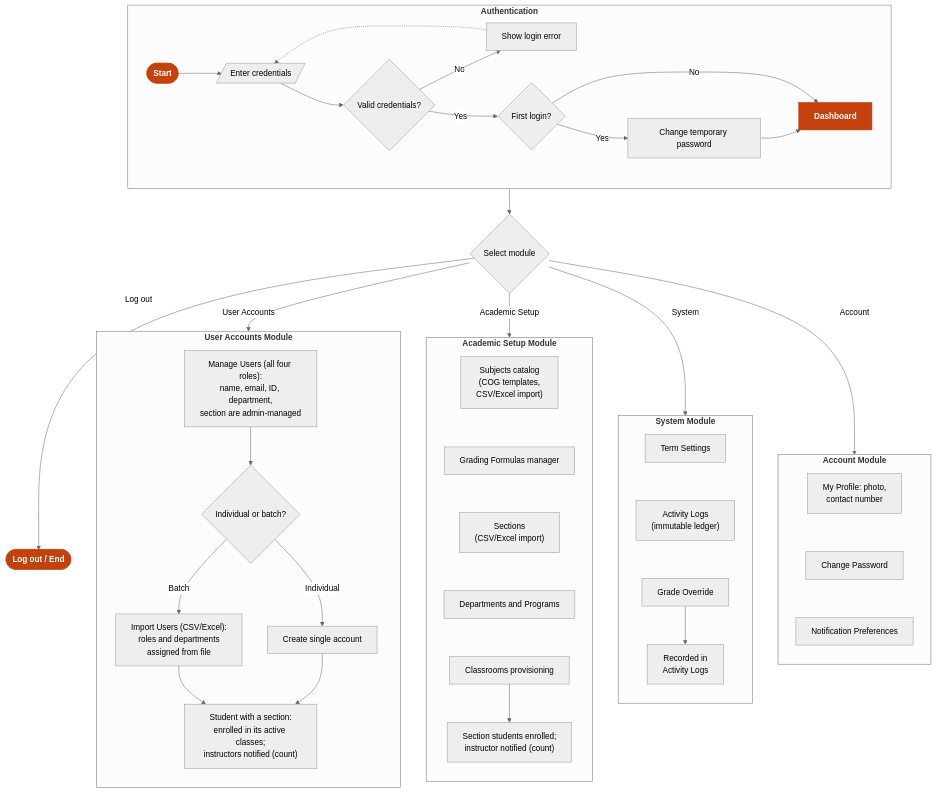
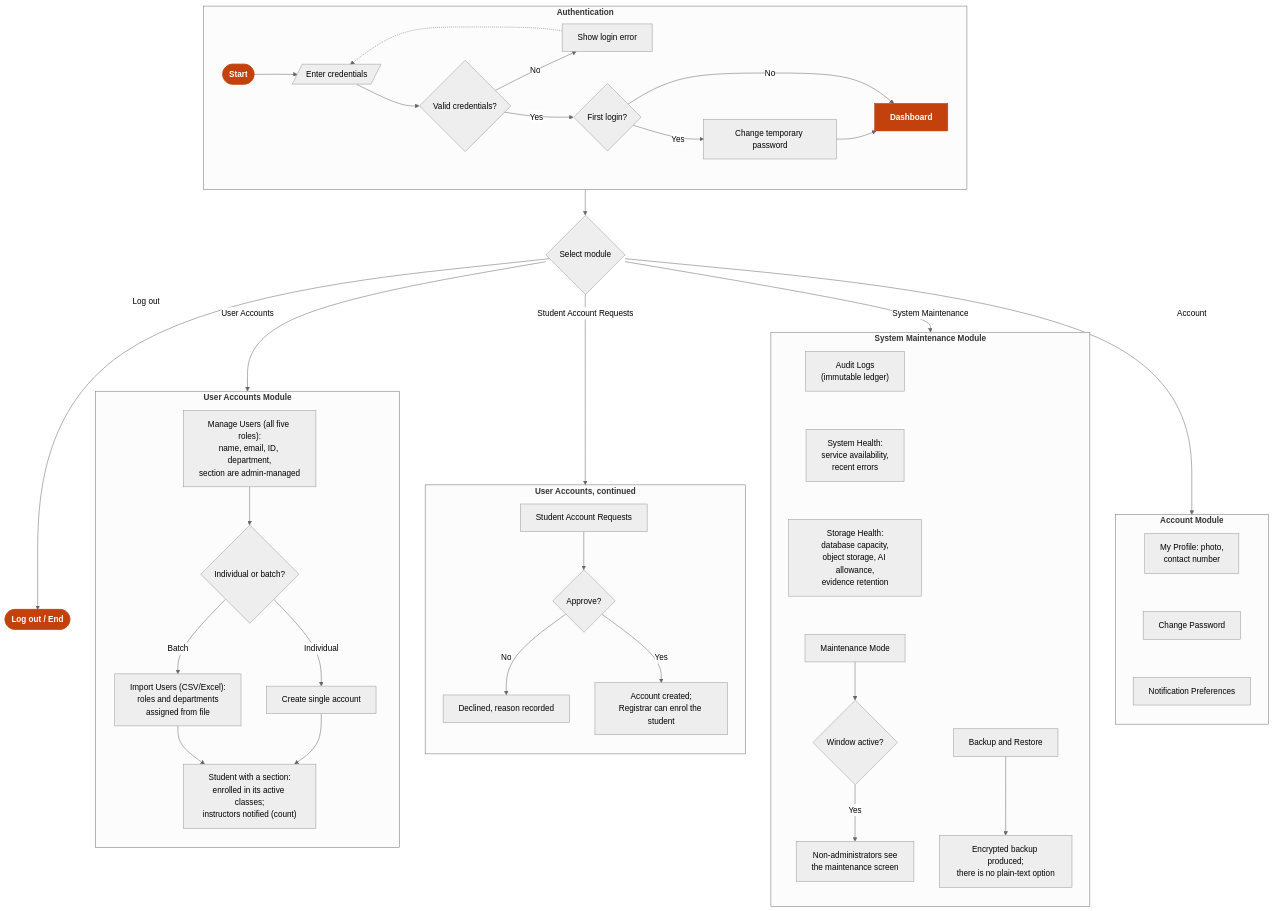
The diagram in docs/02-thesis/figures/Figure-2.5-Flowchart-Admin.mmd (kurarensu16/sage), drawn with Mermaid (neutral theme) before and after one commit. The commit also changed 268 other files, not shown here.

```diff
--- a/docs/02-thesis/figures/Figure-2.5-Flowchart-Admin.mmd
+++ b/docs/02-thesis/figures/Figure-2.5-Flowchart-Admin.mmd
@@ -1,64 +1,69 @@
 flowchart TB
-%% ===== Figure 2.5 — Proposed System Flowchart: Admin Portal (updated 2026-10-10) =====
+%% ===== Proposed System Flowchart: Admin Portal (updated 2026-10-30) =====
+%% The admin/registrar role split removed the whole Academic Setup branch and grade override
+%% from this portal; both now belong to the Registrar. What replaces them is the system
+%% maintenance that was always here but never drawn: service health, storage and AI allowance
+%% metering, maintenance windows, and encrypted backups.
+%% Admin is now accounts and system maintenance only.
 %% CSV/Excel import for users, subjects, and sections; identity fields admin-managed.
 %% Revised 2026-10-10 (evening): section assignment and classroom provisioning enroll section
 %% students and notify instructors of the count.
 
   SEL{"Select module"}
   OUT(["<b>Log out / End</b>"]):::accent
 
   subgraph LOGIN["<b>Authentication</b>"]
     direction LR
     START(["<b>Start</b>"]):::accent --> CRED[/"Enter credentials"/] --> VALID{"Valid credentials?"}
     VALID -- "No" --> ERR["Show login error"]
     ERR -.-> CRED
     VALID -- "Yes" --> FIRST{"First login?"}
     FIRST -- "Yes" --> CHG["Change temporary password"] --> DASH["<b>Dashboard</b>"]:::accent
     FIRST -- "No" --> DASH
   end
 
   LOGIN --> SEL
   SEL -- "Log out" --> OUT
 
   SEL -- "User Accounts" --> UM
-  SEL -- "Academic Setup" --> AM
-  SEL -- "System" --> YM
+  SEL -- "Student Account Requests" --> UM2
+  SEL -- "System Maintenance" --> YM
   SEL -- "Account" --> NM
 
   subgraph UM["<b>User Accounts Module</b>"]
     direction TB
-    U1["Manage Users (all four roles):<br/>name, email, ID, department,<br/>section are admin-managed"] --> UQ{"Individual or batch?"}
+    U1["Manage Users (all five roles):<br/>name, email, ID, department,<br/>section are admin-managed"] --> UQ{"Individual or batch?"}
     UQ -- "Batch" --> UB["Import Users (CSV/Excel):<br/>roles and departments<br/>assigned from file"]
     UQ -- "Individual" --> US["Create single account"]
     UB --> UE["Student with a section:<br/>enrolled in its active classes;<br/>instructors notified (count)"]
     US --> UE
   end
 
-  subgraph AM["<b>Academic Setup Module</b>"]
+  subgraph UM2["<b>User Accounts, continued</b>"]
     direction TB
-    A1["Subjects catalog<br/>(COG templates,<br/>CSV/Excel import)"]
-    A2["Grading Formulas manager"]
-    A3["Sections<br/>(CSV/Excel import)"]
-    A4["Departments and Programs"]
-    A5["Classrooms provisioning"] --> A6["Section students enrolled;<br/>instructor notified (count)"]
-    A1 ~~~ A2 ~~~ A3 ~~~ A4 ~~~ A5
+    U7["Student Account Requests"] --> UQ2{"Approve?"}
+    UQ2 -- "No" --> U8["Declined, reason recorded"]
+    UQ2 -- "Yes" --> U9["Account created;<br/>Registrar can enrol the student"]
   end
 
-  subgraph YM["<b>System Module</b>"]
+  subgraph YM["<b>System Maintenance Module</b>"]
     direction TB
-    Y1["Term Settings"]
-    Y2["Activity Logs<br/>(immutable ledger)"]
-    Y3["Grade Override"] --> Y4["Recorded in<br/>Activity Logs"]
-    Y1 ~~~ Y2 ~~~ Y3
+    Y2["Audit Logs<br/>(immutable ledger)"]
+    Y5["System Health:<br/>service availability,<br/>recent errors"]
+    Y6["Storage Health:<br/>database capacity,<br/>object storage, AI allowance,<br/>evidence retention"]
+    Y7["Maintenance Mode"] --> Y8{"Window active?"}
+    Y8 -- "Yes" --> Y9["Non-administrators see<br/>the maintenance screen"]
+    Y10["Backup and Restore"] --> Y11["Encrypted backup produced;<br/>there is no plain-text option"]
+    Y2 ~~~ Y5 ~~~ Y6 ~~~ Y7
   end
 
   subgraph NM["<b>Account Module</b>"]
     direction TB
     N1["My Profile: photo,<br/>contact number"]
     N2["Change Password"]
     N3["Notification Preferences"]
     N1 ~~~ N2 ~~~ N3
   end
 
 
   classDef accent fill:#C2410C,stroke:#C2410C,color:#FFFFFF;
```
